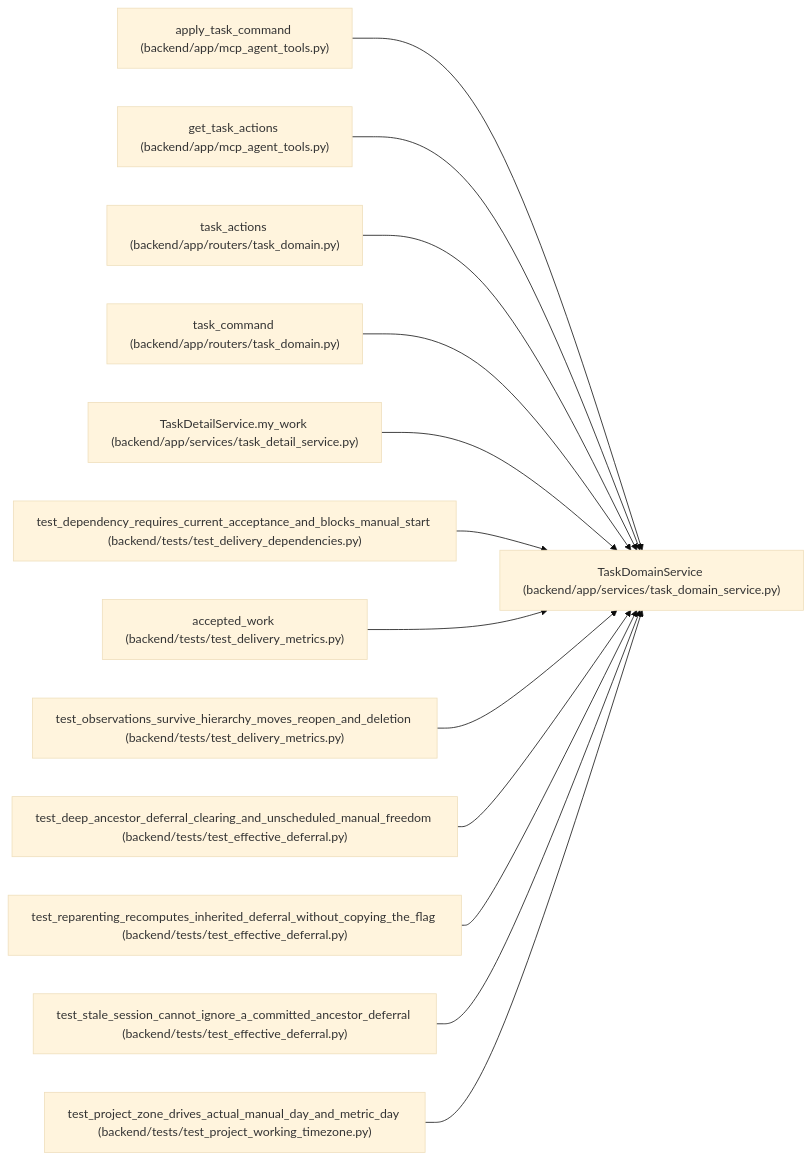
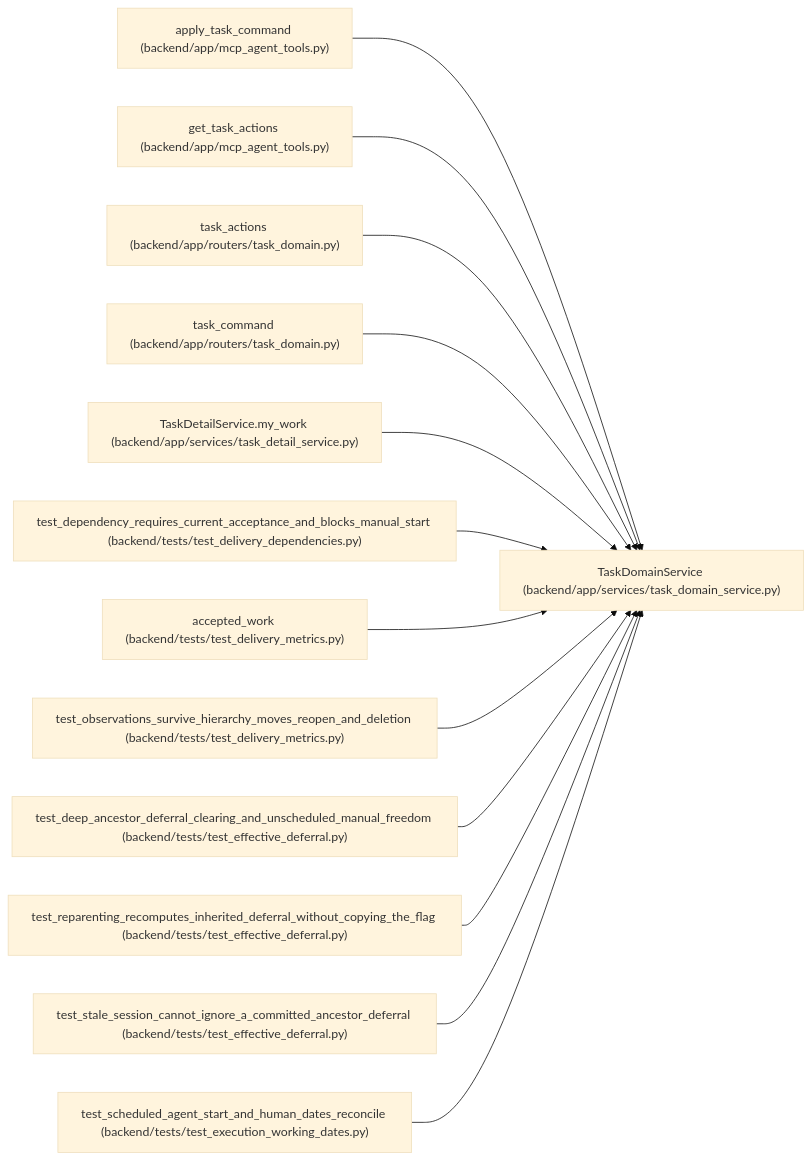
The diagram in docs/llm_wiki/entities/TaskDomainService.md (Denissvgn/WorkChord), drawn with Mermaid (base theme) before and after one commit. The commit also changed other lines of this file and 280 other files, not shown here.

Commit message:
docs(wiki): explain project-date execution eligibility

````diff
--- a/docs/llm_wiki/entities/TaskDomainService.md
+++ b/docs/llm_wiki/entities/TaskDomainService.md
@@ -32,41 +32,41 @@
 ```mermaid
 flowchart LR
     n0["TaskDomainService (backend/app/services/task_domain_service.py)"]
     n1["apply_task_command (backend/app/mcp_agent_tools.py)"]
     n2["get_task_actions (backend/app/mcp_agent_tools.py)"]
     n3["task_actions (backend/app/routers/task_domain.py)"]
     n4["task_command (backend/app/routers/task_domain.py)"]
     n5["TaskDetailService.my_work (backend/app/services/task_detail_service.py)"]
     n6["test_dependency_requires_current_acceptance_and_blocks_manual_start (backend/tests/test_delivery_dependencies.py)"]
     n7["accepted_work (backend/tests/test_delivery_metrics.py)"]
     n8["test_observations_survive_hierarchy_moves_reopen_and_deletion (backend/tests/test_delivery_metrics.py)"]
     n9["test_deep_ancestor_deferral_clearing_and_unscheduled_manual_freedom (backend/tests/test_effective_deferral.py)"]
     n10["test_reparenting_recomputes_inherited_deferral_without_copying_the_flag (backend/tests/test_effective_deferral.py)"]
     n11["test_stale_session_cannot_ignore_a_committed_ancestor_deferral (backend/tests/test_effective_deferral.py)"]
-    n12["test_project_zone_drives_actual_manual_day_and_metric_day (backend/tests/test_project_working_timezone.py)"]
+    n12["test_scheduled_agent_start_and_human_dates_reconcile (backend/tests/test_execution_working_dates.py)"]
     n1 --> n0
     n2 --> n0
     n3 --> n0
     n4 --> n0
     n5 --> n0
     n6 --> n0
     n7 --> n0
     n8 --> n0
     n9 --> n0
     n10 --> n0
     n11 --> n0
     n12 --> n0
     click n0 "../modules/task_domain_service.md"
     click n1 "../modules/mcp_agent_tools.md"
     click n2 "../modules/mcp_agent_tools.md"
     click n3 "../modules/routers_task_domain.md"
     click n4 "../modules/routers_task_domain.md"
     click n5 "../modules/task_detail_service.md"
     click n6 "../modules/test_delivery_dependencies.md"
     click n7 "../modules/test_delivery_metrics.md"
     click n8 "../modules/test_delivery_metrics.md"
     click n9 "../modules/test_effective_deferral.md"
     click n10 "../modules/test_effective_deferral.md"
     click n11 "../modules/test_effective_deferral.md"
-    click n12 "../modules/test_project_working_timezone.md"
+    click n12 "../modules/test_execution_working_dates.md"
 ```
````
